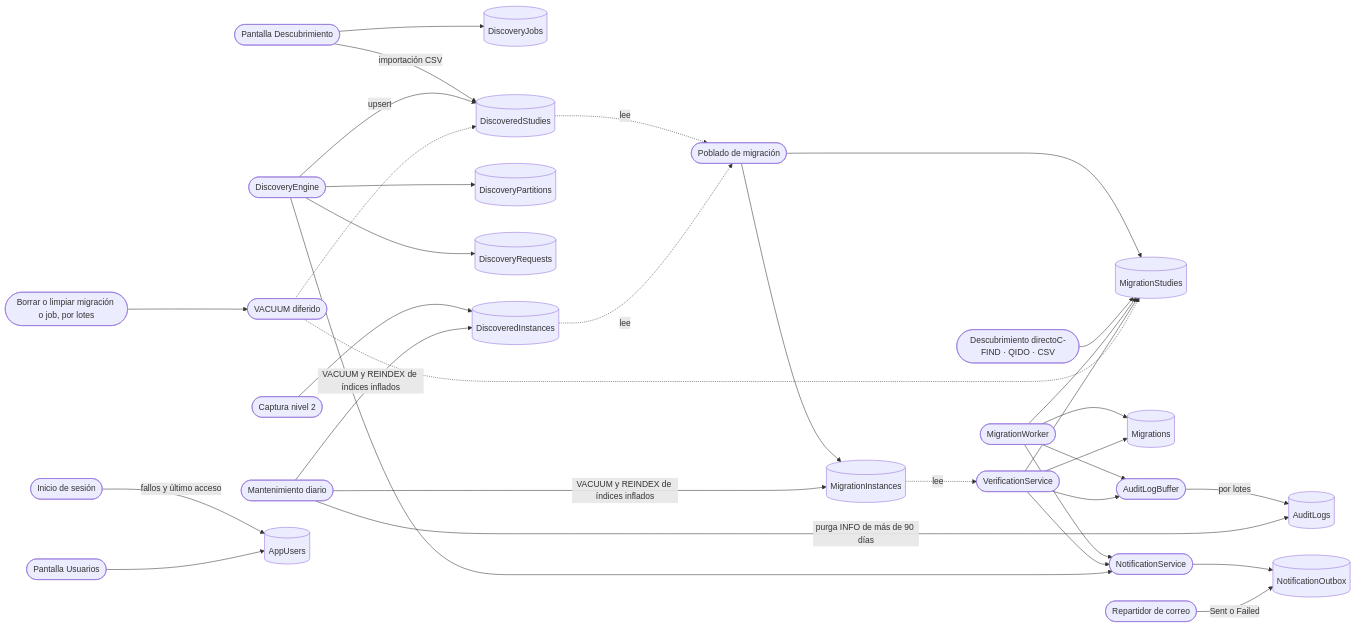
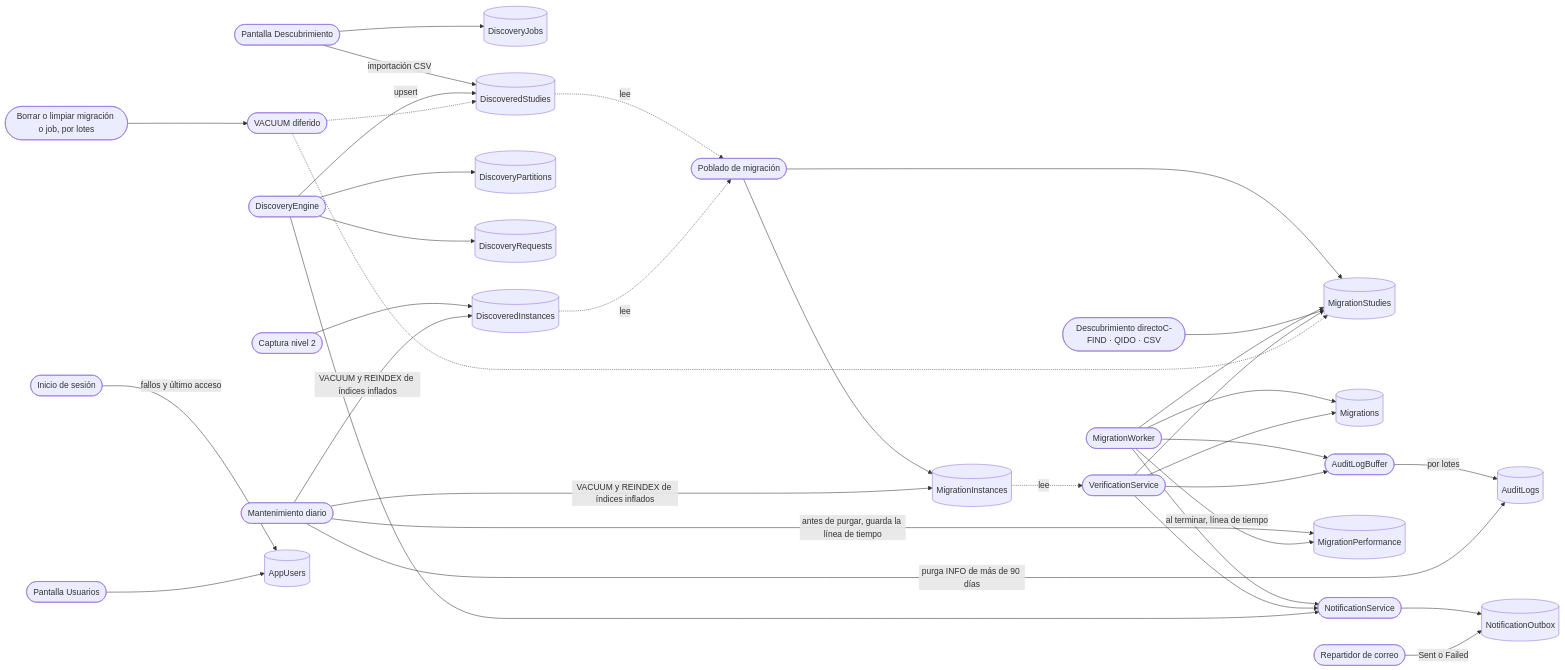
Diagram 12 of 12 in Base de datos de DICOM Migrator.md (jaguilarcorreo-spec/DicomMigradorPostgreSQL), drawn with Mermaid before and after one commit. The commit also changed other lines of this file and 15 other files, not shown here.

````diff
--- a/Base de datos de DICOM Migrator.md
+++ b/Base de datos de DICOM Migrator.md
@@ -589,35 +597,37 @@
 ```mermaid
 flowchart LR
   pDesc([Pantalla Descubrimiento]) --> tJobs[(DiscoveryJobs)]
   pDesc -- importación CSV --> tDS
   pEng([DiscoveryEngine]) --> tPart[(DiscoveryPartitions)]
   pEng --> tReq[(DiscoveryRequests)]
   pEng -- upsert --> tDS[(DiscoveredStudies)]
   pCap([Captura nivel 2]) --> tDI[(DiscoveredInstances)]
   tDS -. lee .-> pPop([Poblado de migración])
   tDI -. lee .-> pPop
   pPop --> tMS[(MigrationStudies)]
   pPop --> tMI[(MigrationInstances)]
   pDsv([Descubrimiento directoC-FIND · QIDO · CSV]) --> tMS
   pWrk([MigrationWorker]) --> tMS
   pVer([VerificationService]) --> tMS
   tMI -. lee .-> pVer
   pWrk --> tMig[(Migrations)]
   pVer --> tMig
   pWrk --> pBuf([AuditLogBuffer])
   pVer --> pBuf
   pBuf -- por lotes --> tAud[(AuditLogs)]
   pMnt([Mantenimiento diario]) -- purga INFO de más de 90 días --> tAud
+  pMnt -- antes de purgar, guarda la línea de tiempo --> tPerf[(MigrationPerformance)]
+  pWrk -- al terminar, línea de tiempo --> tPerf
   pMnt -- VACUUM y REINDEX de índices inflados --> tMI
   pMnt -- VACUUM y REINDEX de índices inflados --> tDI
   pBorr([Borrar o limpiar migración o job, por lotes]) --> pVac([VACUUM diferido])
   pVac -.-> tMS
   pVac -.-> tDS
   pWrk --> pNot([NotificationService])
   pVer --> pNot
   pEng --> pNot
   pNot --> tOut[(NotificationOutbox)]
   pDis([Repartidor de correo]) -- Sent o Failed --> tOut
   pLog([Inicio de sesión]) -- fallos y último acceso --> tUsr[(AppUsers)]
   pUsr([Pantalla Usuarios]) --> tUsr
 ```
````
